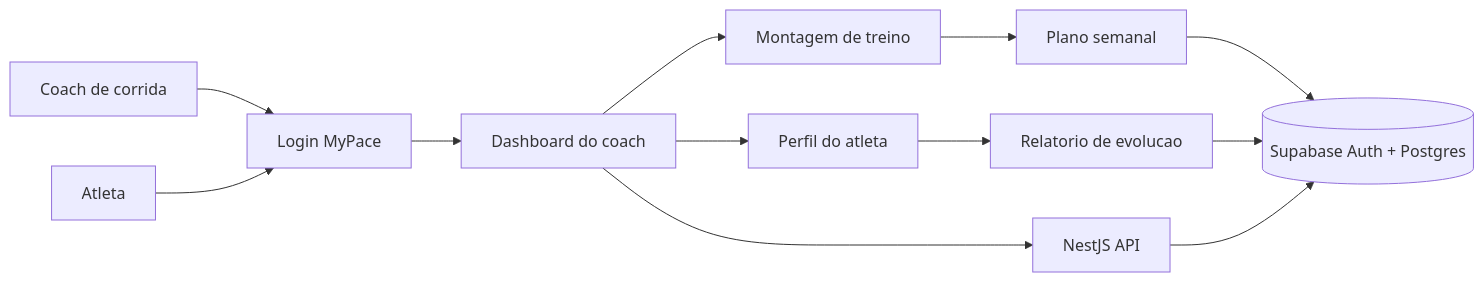
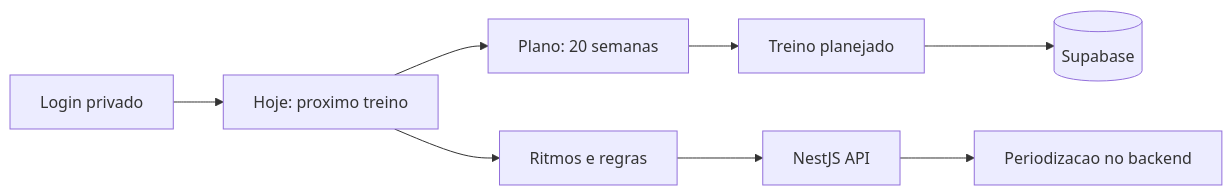
Before and after one commit to devguilhrm/MyPace: the diagram in README.md, drawn with Mermaid. The commit also changed other lines of this file and 4 other files, not shown here.

````diff
--- a/README.md
+++ b/README.md
@@ -18,14 +18,10 @@
 ```mermaid
 flowchart LR
-  Coach[Coach de corrida] --> Login[Login MyPace]
-  Atleta[Atleta] --> Login
-  Login --> Dashboard[Dashboard do coach]
-  Dashboard --> Perfil[Perfil do atleta]
-  Dashboard --> Treino[Montagem de treino]
-  Treino --> Plano[Plano semanal]
-  Perfil --> Relatorio[Relatorio de evolucao]
-  Plano --> Supabase[(Supabase Auth + Postgres)]
-  Relatorio --> Supabase
-  Dashboard --> API[NestJS API]
-  API --> Supabase
+  Login[Login privado] --> Hoje[Hoje: proximo treino]
+  Hoje --> Plano[Plano: 20 semanas]
+  Plano --> Treino[Treino planejado]
+  Hoje --> Ritmos[Ritmos e regras]
+  Treino --> Supabase[(Supabase)]
+  Ritmos --> API[NestJS API]
+  API --> PlanoBase[Periodizacao no backend]
 ```
````
